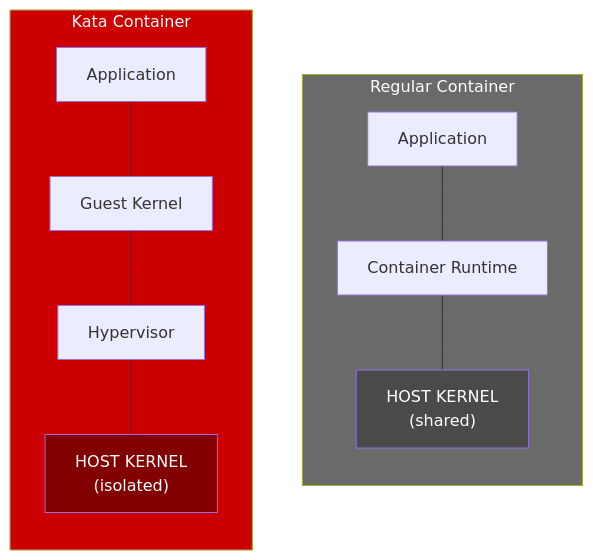
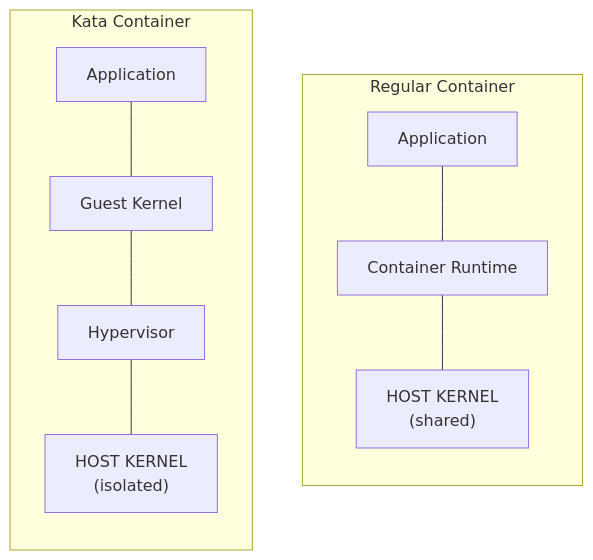
One commit to rrbanda/agent-sandbox-ocp changed the second of 2 diagrams in docs/guides/demo-walkthrough.md. Above: the diagram before and after it, drawn with Mermaid. The commit also changed other lines of this file and 118 other files, not shown here.

````diff
--- a/docs/guides/demo-walkthrough.md
+++ b/docs/guides/demo-walkthrough.md
@@ -161,24 +154,19 @@
 ```mermaid
 flowchart TB
     subgraph regular["Regular Container"]
         direction TB
         A1[Application]
         A2[Container Runtime]
         A3["HOST KERNEL<br/>(shared)"]
         A1 --- A2 --- A3
     end
     
     subgraph kata["Kata Container"]
         direction TB
         B1[Application]
         B2[Guest Kernel]
         B3[Hypervisor]
         B4["HOST KERNEL<br/>(isolated)"]
         B1 --- B2 --- B3 --- B4
     end
-    
-    style regular fill:#6A6A6A,color:#FFFFFF
-    style kata fill:#CC0000,color:#FFFFFF
-    style A3 fill:#4A4A4A,color:#FFFFFF
-    style B4 fill:#820000,color:#FFFFFF
 ```
````
